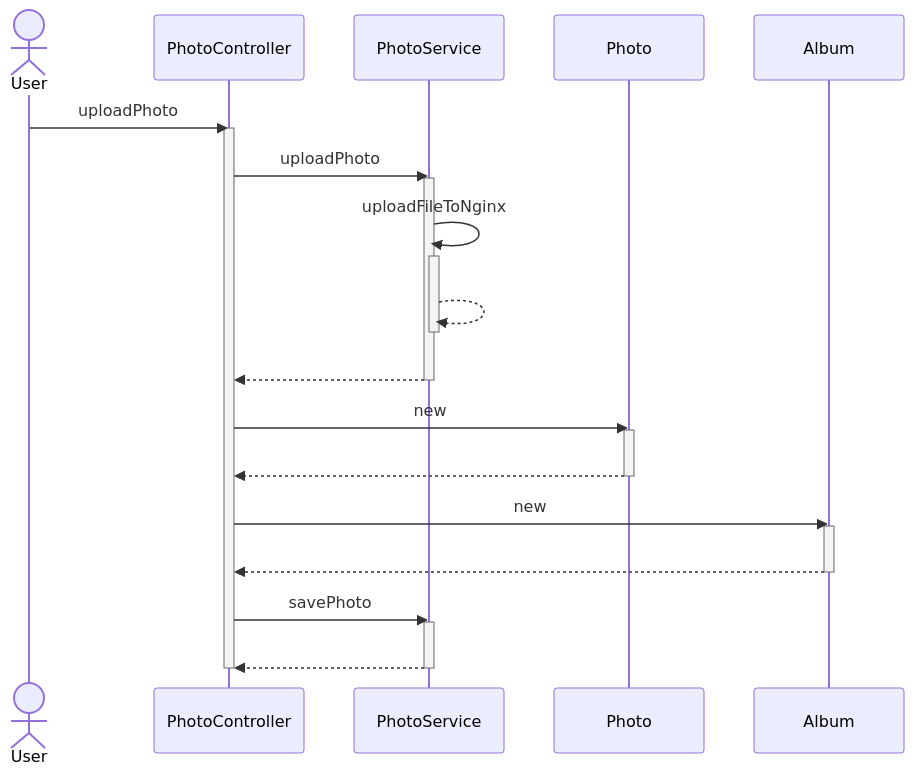
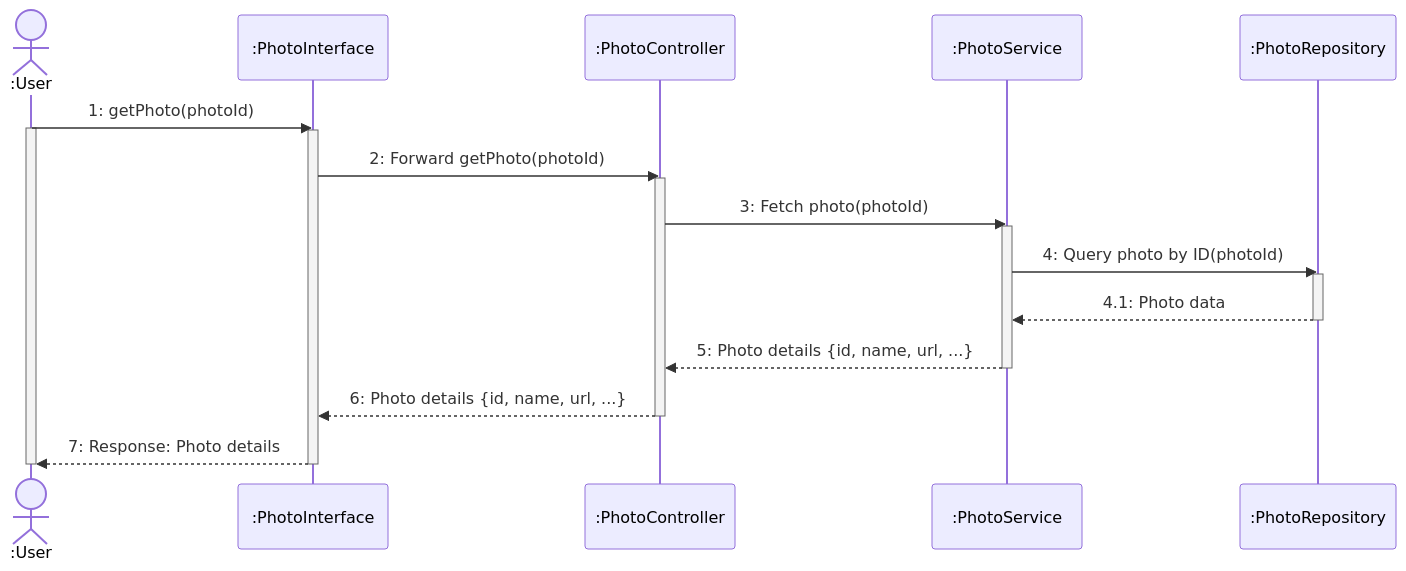
Before and after one commit to lightmon233/Memento: the tenth of 11 diagrams in README.md, drawn with Mermaid. The commit also changed other lines of this file, not shown here.

````diff
--- a/README.md
+++ b/README.md
@@ -187,27 +551,34 @@
 ```mermaid
 sequenceDiagram
-actor User
-User ->> PhotoController : uploadPhoto
-activate PhotoController
-PhotoController ->> PhotoService : uploadPhoto
-activate PhotoService
-PhotoService ->> PhotoService : uploadFileToNginx
-activate PhotoService
-PhotoService -->> PhotoService : #32; 
-deactivate PhotoService
-PhotoService -->> PhotoController : #32; 
-deactivate PhotoService
-PhotoController ->> Photo : new
-activate Photo
-Photo -->> PhotoController : #32; 
-deactivate Photo
-PhotoController ->> Album : new
-activate Album
-Album -->> PhotoController : #32; 
-deactivate Album
-PhotoController ->> PhotoService : savePhoto
-activate PhotoService
-PhotoService -->> PhotoController : #32; 
-deactivate PhotoService
-deactivate PhotoController
+    actor User as :User
+    participant PhotoInterface as :PhotoInterface
+    participant PhotoController as :PhotoController
+    participant PhotoService as :PhotoService
+    participant PhotoRepository as :PhotoRepository
+
+    User->>PhotoInterface: 1: getPhoto(photoId)
+    activate User
+    activate PhotoInterface
+
+    PhotoInterface->>PhotoController: 2: Forward getPhoto(photoId)
+    activate PhotoController
+
+    PhotoController->>PhotoService: 3: Fetch photo(photoId)
+    activate PhotoService
+
+    PhotoService->>PhotoRepository: 4: Query photo by ID(photoId)
+    activate PhotoRepository
+    PhotoRepository-->>PhotoService: 4.1: Photo data
+    deactivate PhotoRepository
+
+    PhotoService-->>PhotoController: 5: Photo details {id, name, url, ...}
+    deactivate PhotoService
+
+    PhotoController-->>PhotoInterface: 6: Photo details {id, name, url, ...}
+    deactivate PhotoController
+
+    PhotoInterface-->>User: 7: Response: Photo details
+    deactivate PhotoInterface
+    deactivate User
+
 ```
````
